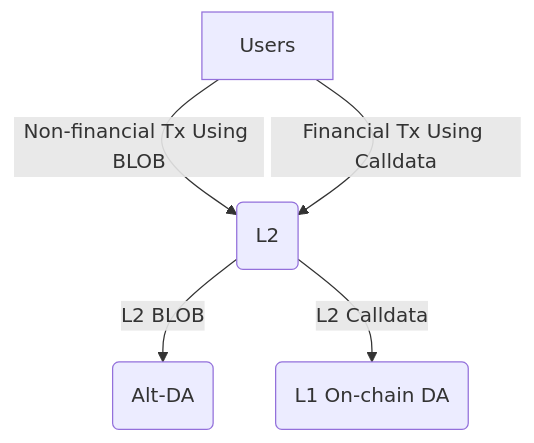
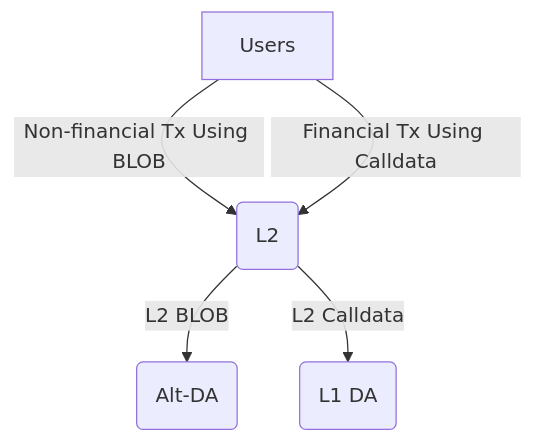
Before and after one commit to ethereum-optimism/specs: the diagram in specs/experimental/l2-blob.md, drawn with Mermaid. The commit also changed other lines of this file, not shown here.

````diff
--- a/specs/experimental/l2-blob.md
+++ b/specs/experimental/l2-blob.md
@@ -34,7 +36,7 @@
 ```mermaid
 flowchart
     A[Users] -->|Non-financial Tx Using BLOB| B(L2)
     A[Users] -->|Financial Tx Using Calldata| B(L2)
     B -->|L2 BLOB| C(Alt-DA)
-    B -->|L2 Calldata| D(L1 On-chain DA)
+    B -->|L2 Calldata| D(L1 DA)
 ```
````
